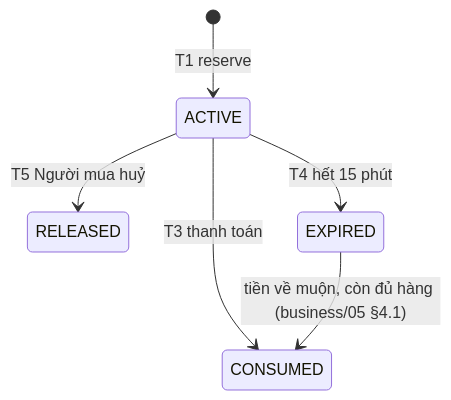
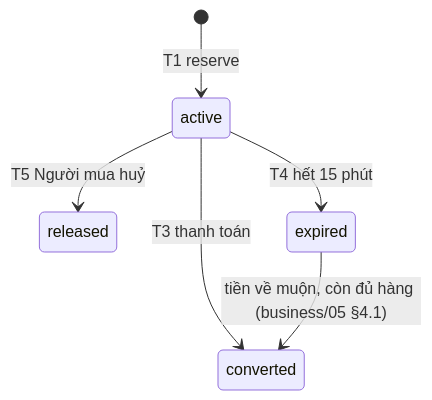
Before and after one commit to LuongCongThanh/be-demo: the diagram in docs/architecture/modules/inventory.md, drawn with Mermaid. The commit also changed other lines of this file and 15 other files, not shown here.

Commit message:
docs: align module docs with target schema

````diff
--- a/docs/architecture/modules/inventory.md
+++ b/docs/architecture/modules/inventory.md
@@ -52,8 +54,8 @@
 ```mermaid
 stateDiagram-v2
-    [*] --> ACTIVE: T1 reserve
-    ACTIVE --> CONSUMED: T3 thanh toán
-    ACTIVE --> RELEASED: T5 Người mua huỷ
-    ACTIVE --> EXPIRED: T4 hết 15 phút
-    EXPIRED --> CONSUMED: tiền về muộn, còn đủ hàng (business/05 §4.1)
+    [*] --> active: T1 reserve
+    active --> converted: T3 thanh toán
+    active --> released: T5 Người mua huỷ
+    active --> expired: T4 hết 15 phút
+    expired --> converted: tiền về muộn, còn đủ hàng (business/05 §4.1)
 ```
````
